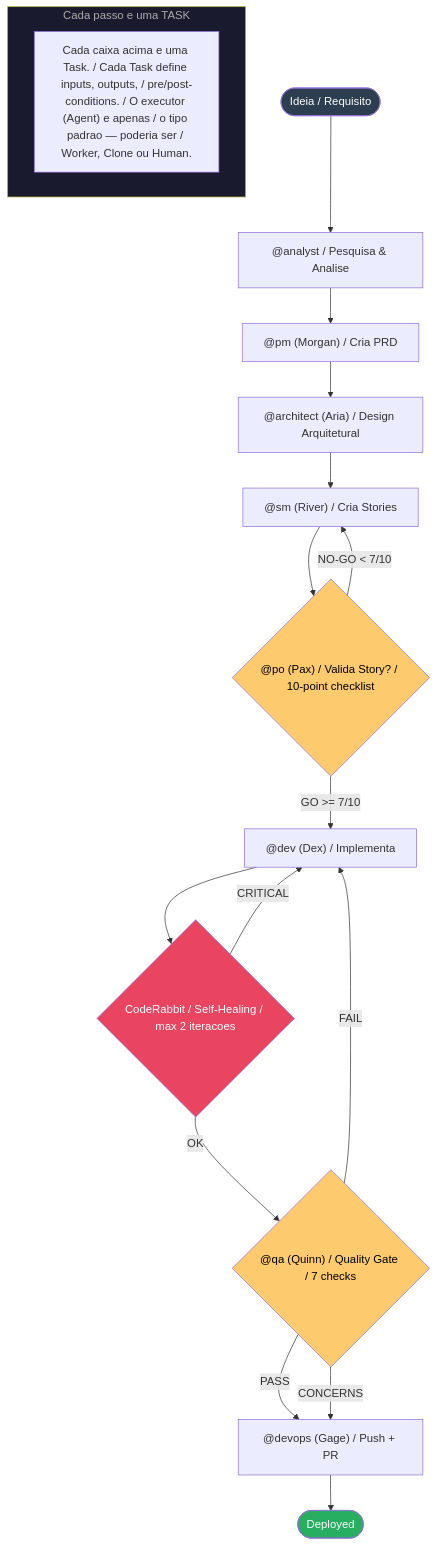
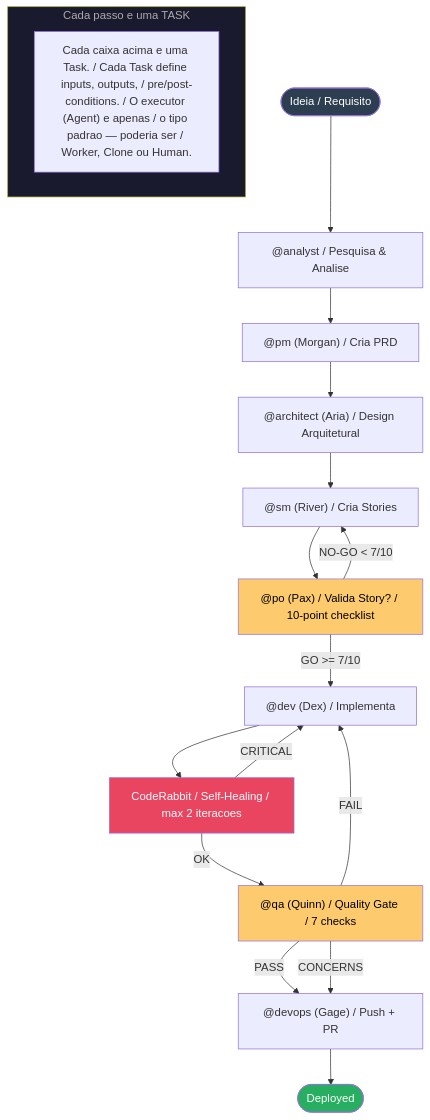
Before and after one commit to bychrisr/aios-docs: diagram 11 of 12 in content/en/docs/architecture/AIOS-VISUAL-OVERVIEW.mdx, drawn with Mermaid. The commit also changed other lines of this file and 40 other files, not shown here.

````diff
--- a/content/en/docs/architecture/AIOS-VISUAL-OVERVIEW.mdx
+++ b/content/en/docs/architecture/AIOS-VISUAL-OVERVIEW.mdx
@@ -477,34 +477,34 @@
 ```mermaid
 flowchart TD
-    IDEA(["Ideia / Requisito"]) --> ANALYST["@analyst / Pesquisa & Analise"]
+    IDEA(["Ideia / Requisito"]) --> ANALYST["@analyst / Pesquisa &amp; Analise"]
     ANALYST --> PM["@pm (Morgan) / Cria PRD"]
     PM --> ARCH["@architect (Aria) / Design Arquitetural"]
 
     ARCH --> SM["@sm (River) / Cria Stories"]
-    SM --> PO{"@po (Pax) / Valida Story? / 10-point checklist"}
+    SM --> PO["@po (Pax) / Valida Story? / 10-point checklist"]
 
     PO -->|"GO >= 7/10"| DEV["@dev (Dex) / Implementa"]
     PO -->|"NO-GO < 7/10"| SM
 
-    DEV --> CODERABBIT{"CodeRabbit / Self-Healing / max 2 iteracoes"}
+    DEV --> CODERABBIT["CodeRabbit / Self-Healing / max 2 iteracoes"]
     CODERABBIT -->|"CRITICAL"| DEV
-    CODERABBIT -->|"OK"| QA{"@qa (Quinn) / Quality Gate / 7 checks"}
+    CODERABBIT -->|"OK"| QA["@qa (Quinn) / Quality Gate / 7 checks"]
 
     QA -->|"PASS"| DEVOPS["@devops (Gage) / Push + PR"]
     QA -->|"CONCERNS"| DEVOPS
     QA -->|"FAIL"| DEV
 
     DEVOPS --> DEPLOYED(["Deployed"])
 
     subgraph TASKS_FLOW["Cada passo e uma TASK"]
         direction LR
         NOTE["Cada caixa acima e uma Task. / Cada Task define inputs, outputs, / pre/post-conditions. / O executor (Agent) e apenas / o tipo padrao — poderia ser / Worker, Clone ou Human."]
     end
 
     style IDEA fill:#2c3e50,color:#fff
     style DEPLOYED fill:#27ae60,color:#fff
     style PO fill:#fdcb6e,color:#000
     style QA fill:#fdcb6e,color:#000
     style CODERABBIT fill:#e94560,color:#fff
     style TASKS_FLOW fill:#1a1a2e,color:#aaa
 ```
````
